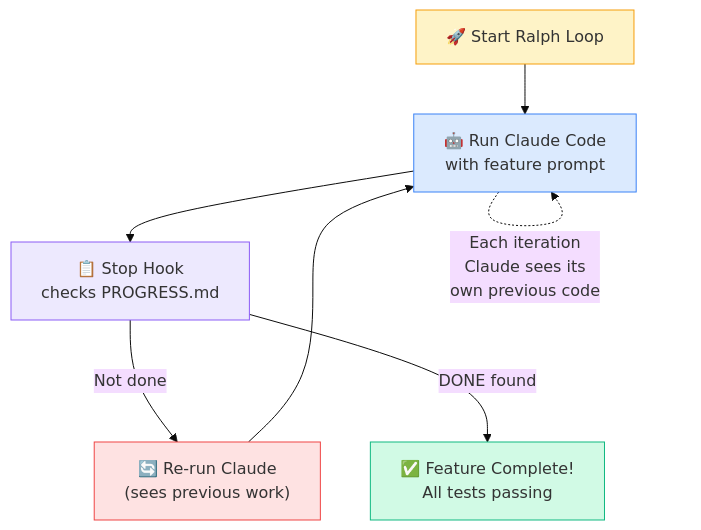
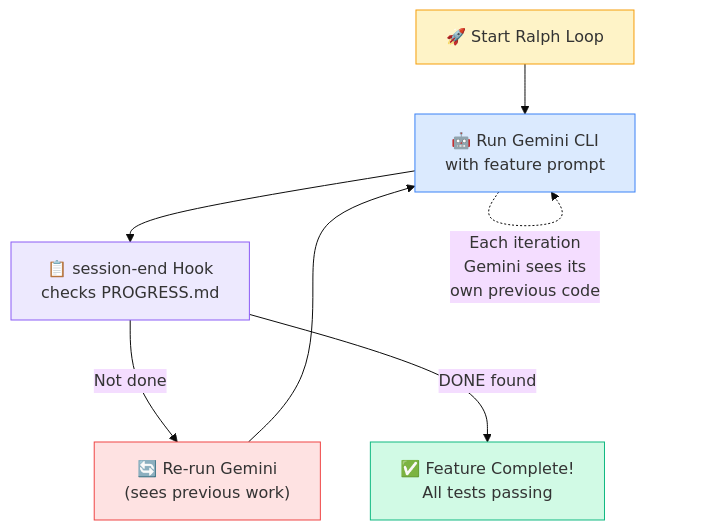
Before and after one commit to mariusjcb/gh-agentic-code-guides: the first of 3 diagrams in Part 3 — Agentic Patterns/12-ralph-loops.md, drawn with Mermaid (base theme). The commit also changed other lines of this file, not shown here.

First line of the commit message:
Adapt Ralph Loops guide for Gemini CLI

````diff
--- a/Part 3 — Agentic Patterns/12-ralph-loops.md
+++ b/Part 3 — Agentic Patterns/12-ralph-loops.md
@@ -47,16 +47,16 @@
 ```mermaid
 flowchart TB
-    START["🚀 Start Ralph Loop"] --> RUN["🤖 Run Claude Code\nwith feature prompt"]
-    RUN --> CHECK["📋 Stop Hook\nchecks PROGRESS.md"]
-    CHECK -->|"Not done"| LOOP["🔄 Re-run Claude\n(sees previous work)"]
+    START["🚀 Start Ralph Loop"] --> RUN["🤖 Run Gemini CLI\nwith feature prompt"]
+    RUN --> CHECK["📋 session-end Hook\nchecks PROGRESS.md"]
+    CHECK -->|"Not done"| LOOP["🔄 Re-run Gemini\n(sees previous work)"]
     LOOP --> RUN
     CHECK -->|"DONE found"| EXIT["✅ Feature Complete!\nAll tests passing"]
 
-    RUN -.->|"Each iteration\nClaude sees its\nown previous code"| RUN
+    RUN -.->|"Each iteration\nGemini sees its\nown previous code"| RUN
 
     style START fill:#fef3c7,stroke:#f59e0b
     style RUN fill:#dbeafe,stroke:#3b82f6
     style CHECK fill:#ede9fe,stroke:#8b5cf6
     style LOOP fill:#fee2e2,stroke:#ef4444
     style EXIT fill:#d1fae5,stroke:#10b981
 ```
````
